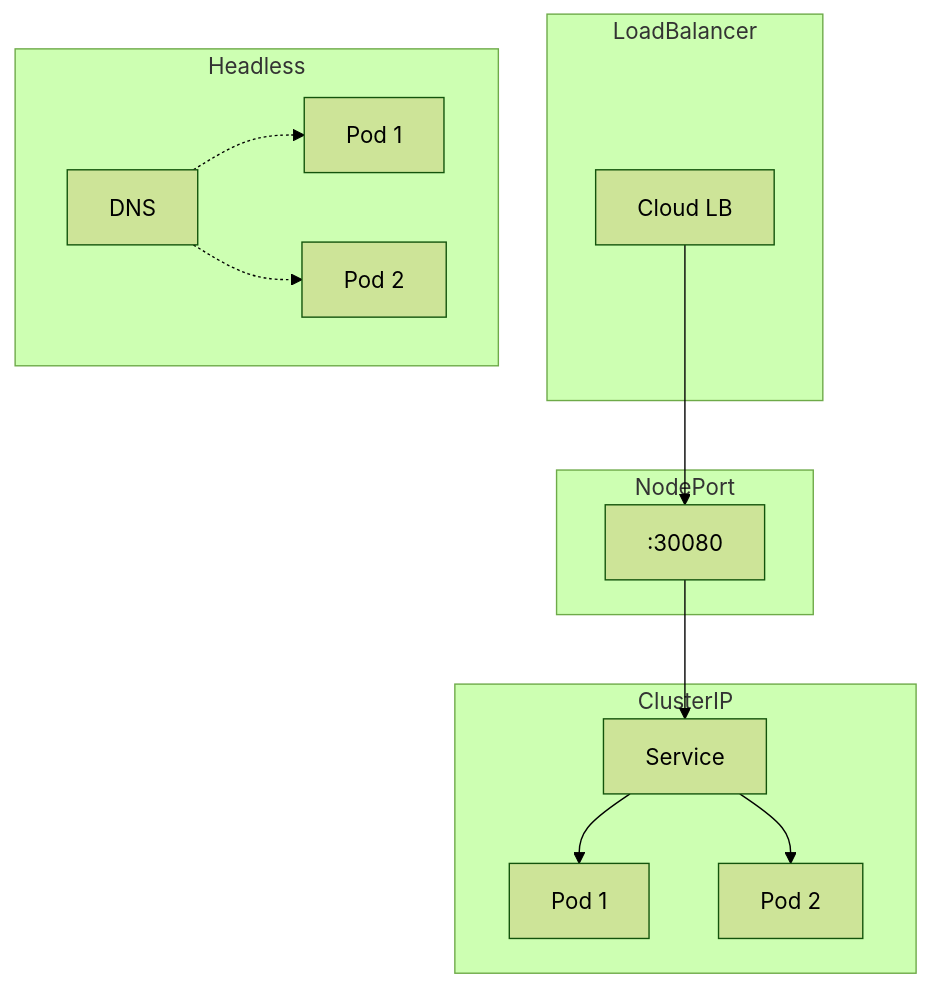
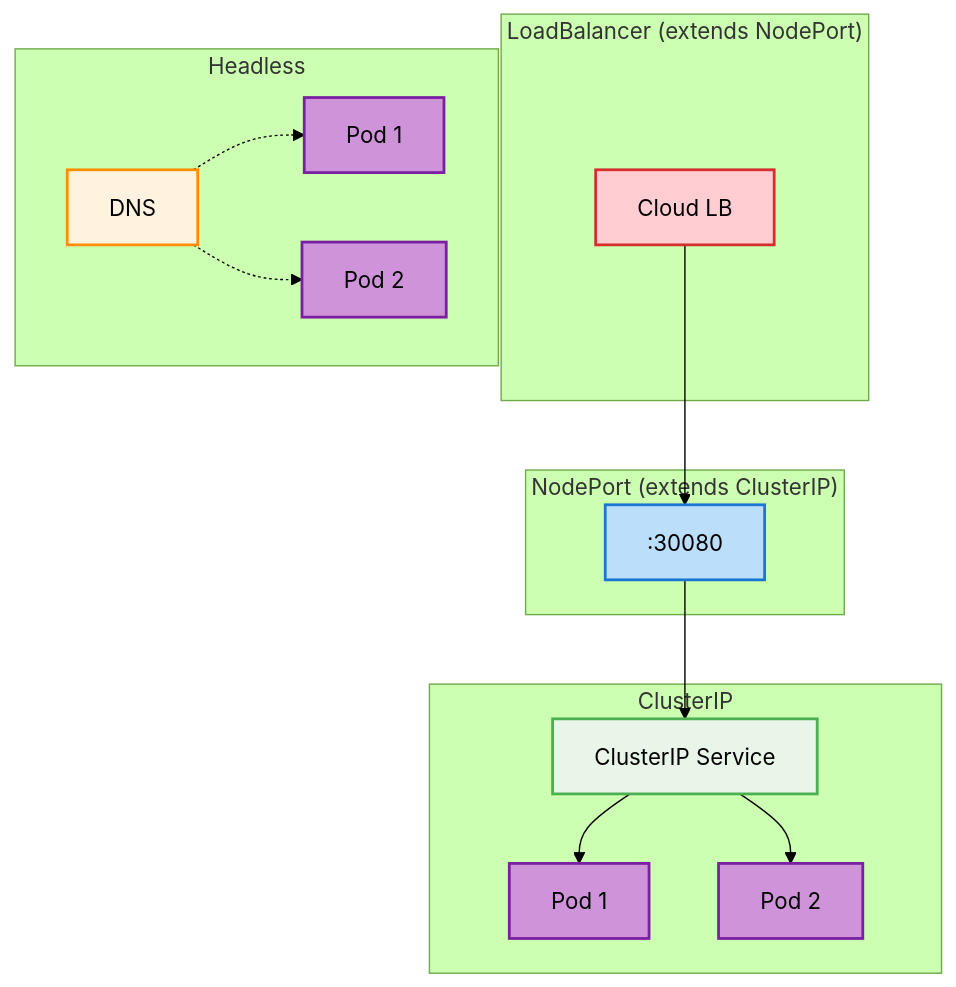
Before and after one commit to razkevich/system_design_course: the third of 5 diagrams in module_2_core_fundamentals/2.5_network_and_communication/kubernetes_networking.md, drawn with Mermaid (forest theme). The commit also changed other lines of this file and 2 other files, not shown here.

````diff
--- a/module_2_core_fundamentals/2.5_network_and_communication/kubernetes_networking.md
+++ b/module_2_core_fundamentals/2.5_network_and_communication/kubernetes_networking.md
@@ -153,20 +208,33 @@
 ```mermaid
 flowchart TD
     subgraph "ClusterIP"
-        C[Service] --> P1[Pod 1]
-        C --> P2[Pod 2]
+        C["ClusterIP Service"] --> P1["Pod 1"]
+        C --> P2["Pod 2"]
     end
     
-    subgraph "NodePort"
+    subgraph "NodePort (extends ClusterIP)"
         N[":30080"] --> C
     end
     
-    subgraph "LoadBalancer"
-        L[Cloud LB] --> N
+    subgraph "LoadBalancer (extends NodePort)"
+        L["Cloud LB"] --> N
     end
     
     subgraph "Headless"
-        H[DNS] -.-> HP1[Pod 1]
-        H -.-> HP2[Pod 2]
+        H["DNS"] -.-> HP1["Pod 1"]
+        H -.-> HP2["Pod 2"]
     end
+    
+    %% Styling
+    classDef serviceStyle fill:#e8f5e8,stroke:#4caf50,stroke-width:2px
+    classDef podStyle fill:#ce93d8,stroke:#7b1fa2,stroke-width:2px
+    classDef nodeStyle fill:#bbdefb,stroke:#1976d2,stroke-width:2px
+    classDef lbStyle fill:#ffcdd2,stroke:#d32f2f,stroke-width:2px
+    classDef dnsStyle fill:#fff3e0,stroke:#ff8f00,stroke-width:2px
+    
+    class C serviceStyle
+    class P1,P2,HP1,HP2 podStyle
+    class N nodeStyle
+    class L lbStyle
+    class H dnsStyle
 ```
````
